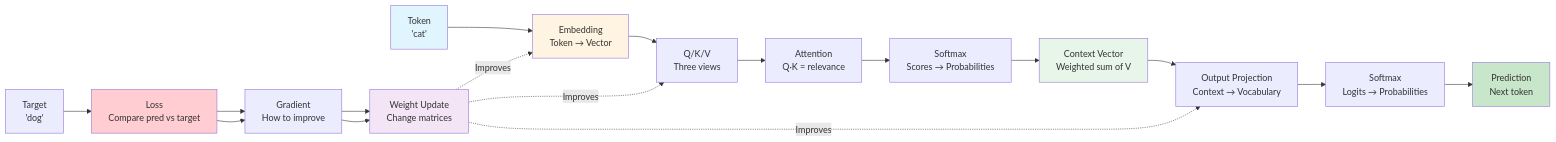
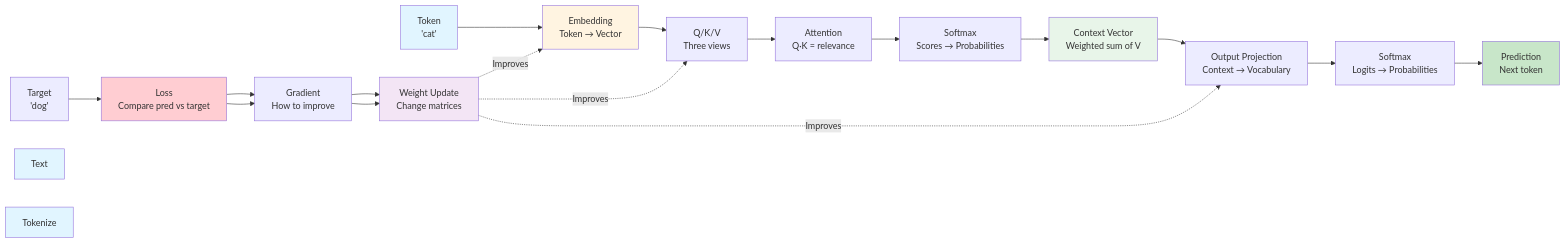
The diagram in book/01-terminology-foundations.md (rpriyadarshi/toyai), drawn with Mermaid before and after one commit. The commit also changed other lines of this file, not shown here.

````diff
--- a/book/01-terminology-foundations.md
+++ b/book/01-terminology-foundations.md
@@ -358,19 +1101,21 @@
 ```mermaid
 graph LR
     Token["Token<br/>'cat'"] --> Embed["Embedding<br/>Token → Vector"] --> QKV["Q/K/V<br/>Three views"] --> Attn["Attention<br/>Q·K = relevance"] --> Soft1["Softmax<br/>Scores → Probabilities"] --> Ctx["Context Vector<br/>Weighted sum of V"] --> WO["Output Projection<br/>Context → Vocabulary"] --> Soft2["Softmax<br/>Logits → Probabilities"] --> Pred["Prediction<br/>Next token"]
     
     Target["Target<br/>'dog'"] --> Loss["Loss<br/>Compare pred vs target"] --> Grad["Gradient<br/>How to improve"] --> Update["Weight Update<br/>Change matrices"]
     
     Loss --> Grad
     Grad --> Update
     Update -.->|"Improves"| Embed
     Update -.->|"Improves"| QKV
     Update -.->|"Improves"| WO
     
+    style Text fill:#e1f5ff
+    style Tokenize fill:#e1f5ff
     style Token fill:#e1f5ff
     style Embed fill:#fff4e1
     style Ctx fill:#e8f5e9
     style Pred fill:#c8e6c9
     style Loss fill:#ffcdd2
     style Update fill:#f3e5f5
 ```
````
